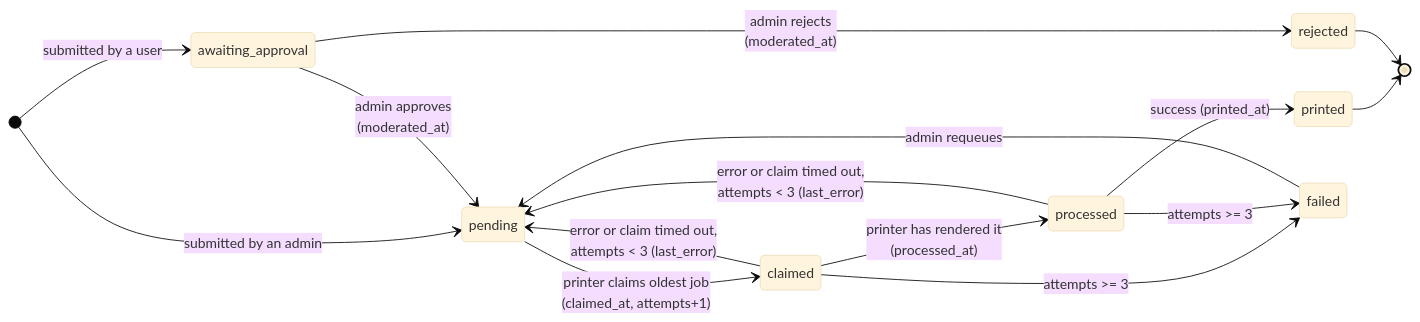
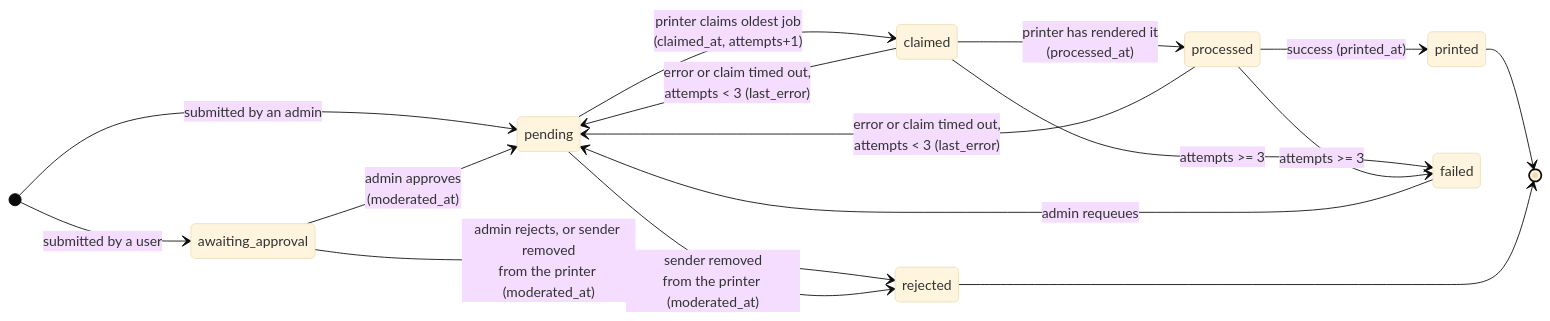
Before and after one commit to DamDRAIME/burn-before-reading: the third of 3 diagrams in server/README.md, drawn with Mermaid (base theme). The commit also changed other lines of this file and 13 other files, not shown here.

````diff
--- a/server/README.md
+++ b/server/README.md
@@ -190,18 +219,19 @@
 ```mermaid
 stateDiagram-v2
 direction LR
 [*] --> awaiting_approval : submitted by a user
 [*] --> pending : submitted by an admin
 awaiting_approval --> pending : admin approves<br/>(moderated_at)
-awaiting_approval --> rejected : admin rejects<br/>(moderated_at)
+awaiting_approval --> rejected : admin rejects, or sender removed<br/>from the printer (moderated_at)
+pending --> rejected : sender removed<br/>from the printer (moderated_at)
 pending --> claimed : printer claims oldest job<br/>(claimed_at, attempts+1)
 claimed --> processed : printer has rendered it<br/>(processed_at)
 processed --> printed : success (printed_at)
 claimed --> pending : error or claim timed out,<br/>attempts < 3 (last_error)
 processed --> pending : error or claim timed out,<br/>attempts < 3 (last_error)
 claimed --> failed : attempts >= 3
 processed --> failed : attempts >= 3
 failed --> pending : admin requeues
 printed --> [*]
 rejected --> [*]
 ```
````
